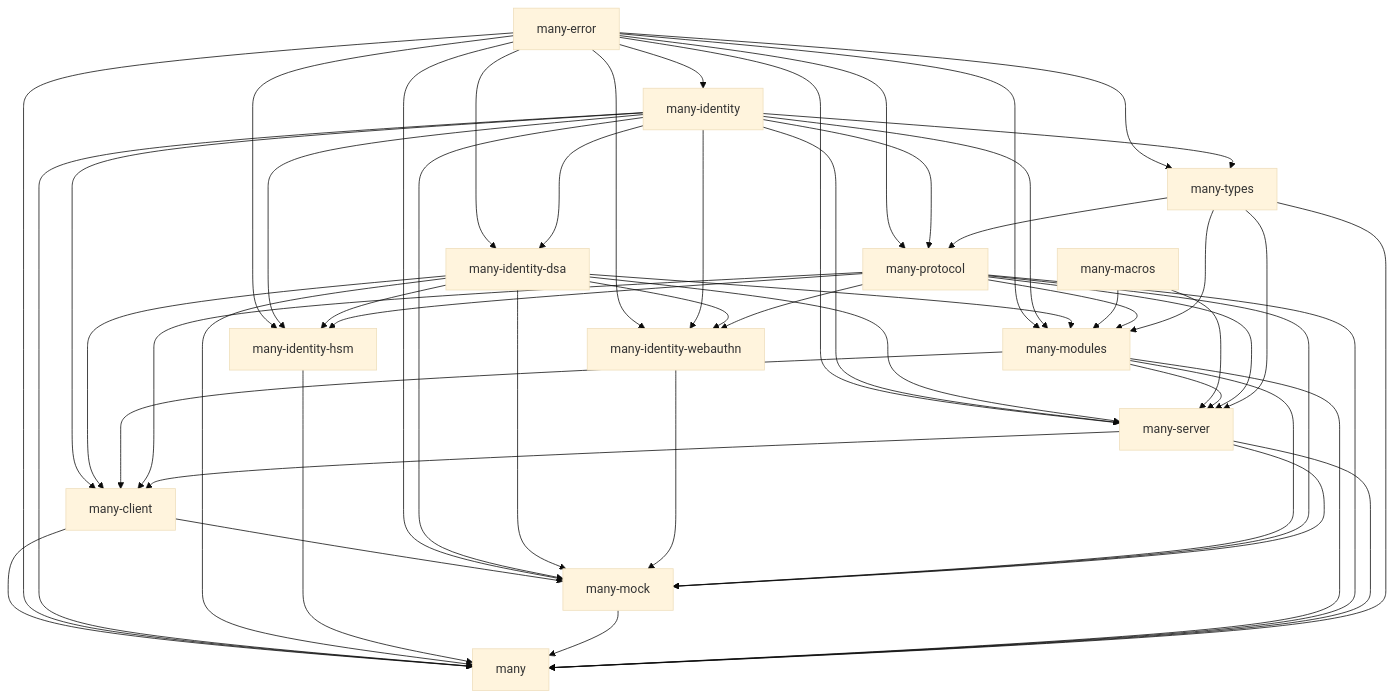
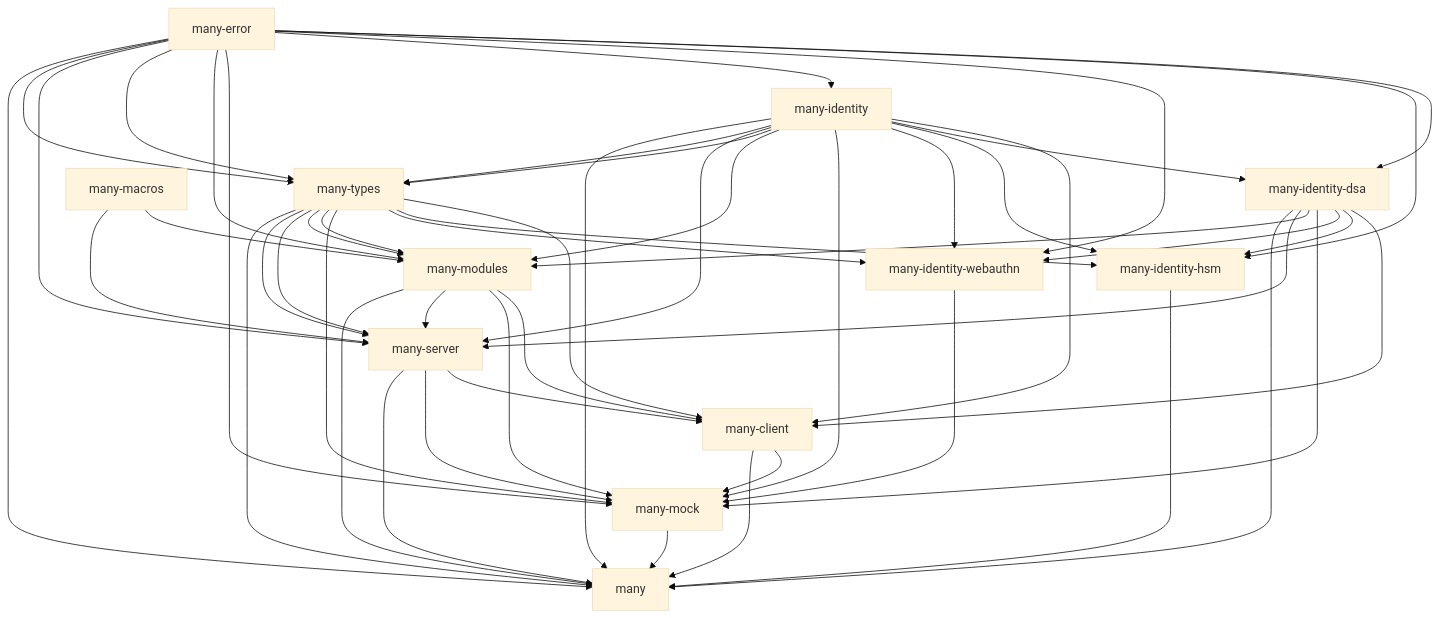
The diagram in README.md (liftedinit/many-rs), drawn with Mermaid (base theme) before and after one commit. The commit also changed other lines of this file and 1 other file, not shown here.

Commit message:
Refactor out of references to many-protocol in README

````diff
--- a/README.md
+++ b/README.md
@@ -37,55 +37,53 @@
 ```mermaid
 graph TD;
   many-identity --> many-client;
   many-identity-dsa --> many-client;
   many-modules --> many-client;
-  many-protocol --> many-client;
+  many-types --> many-client;
   many-server --> many-client;
   many-error --> many-identity-dsa;
   many-identity --> many-identity-dsa;
   many-error --> many-identity-hsm;
   many-identity --> many-identity-hsm;
   many-identity-dsa --> many-identity-hsm;
-  many-protocol --> many-identity-hsm;
+  many-types --> many-identity-hsm;
   many-error --> many-identity-webauthn;
   many-identity --> many-identity-webauthn;
   many-identity-dsa --> many-identity-webauthn;
-  many-protocol --> many-identity-webauthn;
+  many-types --> many-identity-webauthn;
   many-error --> many-identity;
   many-client --> many-mock;
   many-error --> many-mock;
   many-identity --> many-mock;
   many-identity-dsa --> many-mock;
   many-identity-webauthn --> many-mock;
   many-modules --> many-mock;
-  many-protocol --> many-mock;
+  many-types --> many-mock;
   many-server --> many-mock;
   many-error --> many-modules;
   many-identity --> many-modules;
   many-identity-dsa --> many-modules;
   many-macros --> many-modules;
-  many-protocol --> many-modules;
   many-types --> many-modules;
-  many-error --> many-protocol;
-  many-identity --> many-protocol;
-  many-types --> many-protocol;
+  many-types --> many-modules;
+  many-error --> many-types;
+  many-identity --> many-types;
   many-error --> many-server;
   many-identity --> many-server;
   many-identity-dsa --> many-server;
   many-macros --> many-server;
   many-modules --> many-server;
-  many-protocol --> many-server;
+  many-types --> many-server;
   many-types --> many-server;
   many-error --> many-types;
   many-identity --> many-types;
   many-client --> many;
   many-error --> many;
   many-identity --> many;
   many-identity-dsa --> many;
   many-identity-hsm --> many;
   many-mock --> many;
   many-modules --> many;
-  many-protocol --> many;
   many-server --> many;
   many-types --> many;
 ```
````
